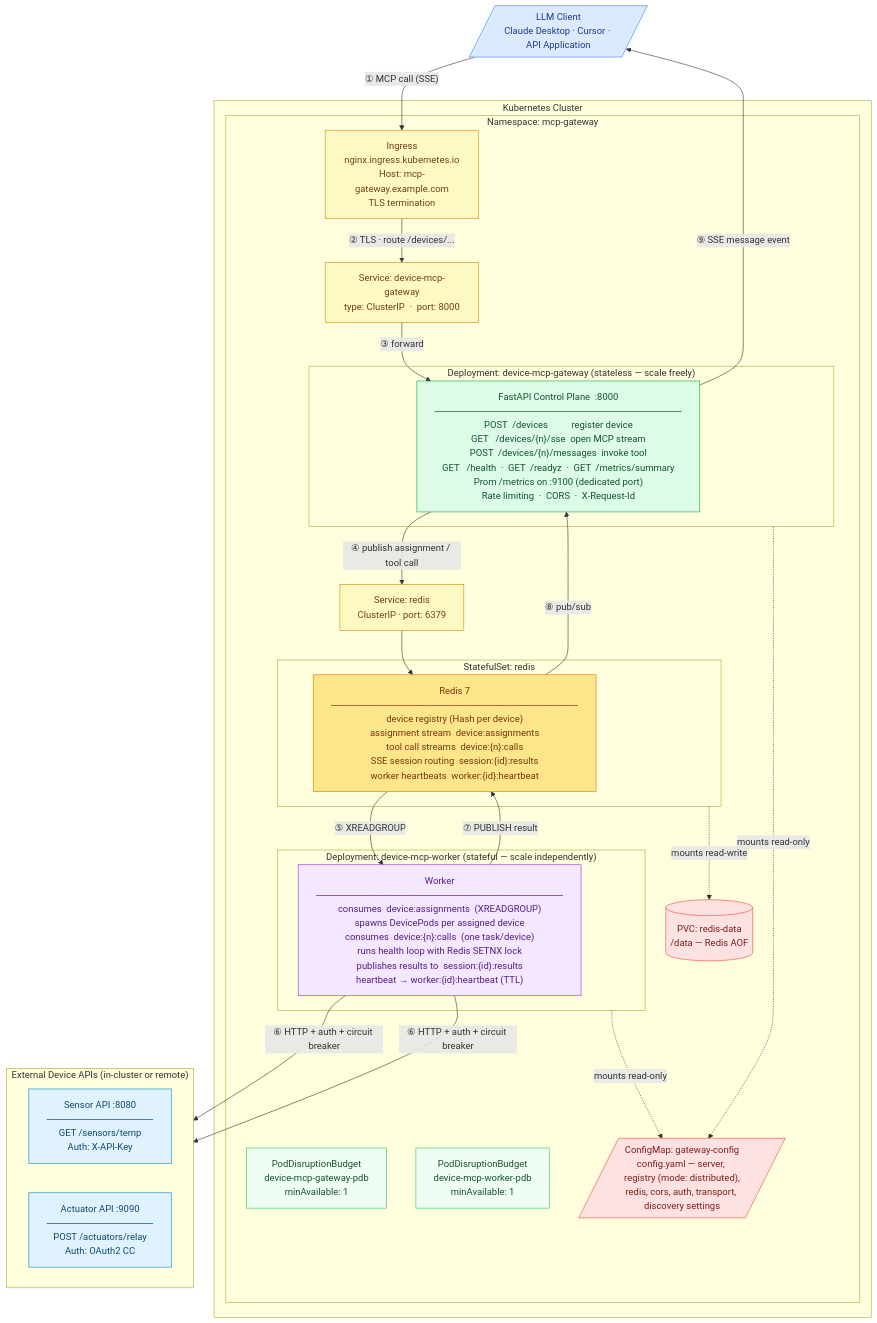
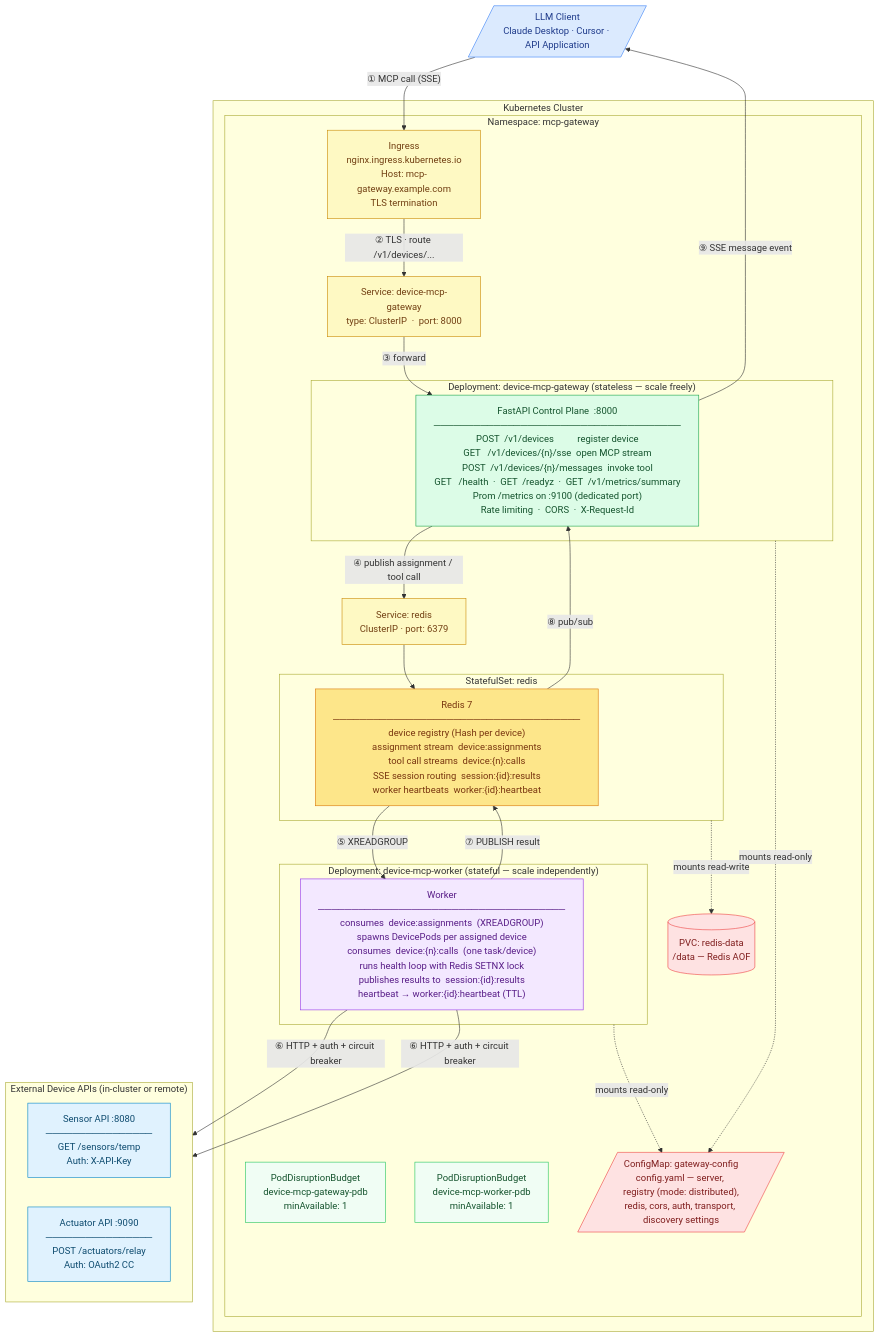
One commit to benwold-lgtm/MCP-Gateway changed the first of 3 diagrams in docs/kubernetes-architecture.md. Above: the diagram before and after it, drawn with Mermaid. The commit also changed other lines of this file and 18 other files, not shown here.

First line of the commit message:
feat(api): Tier-1W — version management API under /v1 + MCP protocol negotiation (F-15)

````diff
--- a/docs/kubernetes-architecture.md
+++ b/docs/kubernetes-architecture.md
@@ -11,72 +11,72 @@
 ```mermaid
 flowchart TB
     LLM[/"LLM Client\nClaude Desktop · Cursor · API Application"/]
 
     subgraph CLUSTER["Kubernetes Cluster"]
         subgraph NS["Namespace: mcp-gateway"]
 
             ING["Ingress\nnginx.ingress.kubernetes.io\nHost: mcp-gateway.example.com\nTLS termination"]
 
             SVC["Service: device-mcp-gateway\ntype: ClusterIP  ·  port: 8000"]
 
             subgraph GW_DEP["Deployment: device-mcp-gateway  (stateless — scale freely)"]
-                CTRL["FastAPI Control Plane  :8000\n─────────────────────────────────────\nPOST  /devices          register device\nGET   /devices/{n}/sse  open MCP stream\nPOST  /devices/{n}/messages  invoke tool\nGET   /health  ·  GET  /readyz  ·  GET  /metrics/summary\nProm /metrics on :9100 (dedicated port)\nRate limiting  ·  CORS  ·  X-Request-Id"]
+                CTRL["FastAPI Control Plane  :8000\n─────────────────────────────────────\nPOST  /v1/devices          register device\nGET   /v1/devices/{n}/sse  open MCP stream\nPOST  /v1/devices/{n}/messages  invoke tool\nGET   /health  ·  GET  /readyz  ·  GET  /v1/metrics/summary\nProm /metrics on :9100 (dedicated port)\nRate limiting  ·  CORS  ·  X-Request-Id"]
             end
 
             PDB_GW["PodDisruptionBudget\ndevice-mcp-gateway-pdb\nminAvailable: 1"]
             PDB_WK["PodDisruptionBudget\ndevice-mcp-worker-pdb\nminAvailable: 1"]
 
             subgraph REDIS_SS["StatefulSet: redis"]
                 REDIS["Redis 7\n─────────────────────────────────────\ndevice registry (Hash per device)\nassignment stream  device:assignments\ntool call streams  device:{n}:calls\nSSE session routing  session:{id}:results\nworker heartbeats  worker:{id}:heartbeat"]
             end
             REDIS_SVC["Service: redis\nClusterIP  ·  port: 6379"]
             REDIS_PVC[("PVC: redis-data\n/data — Redis AOF")]
 
             subgraph WK_DEP["Deployment: device-mcp-worker  (stateful — scale independently)"]
                 WK["Worker\n─────────────────────────────────────\nconsumes  device:assignments  (XREADGROUP)\nspawns DevicePods per assigned device\nconsumes  device:{n}:calls  (one task/device)\nruns health loop with Redis SETNX lock\npublishes results to  session:{id}:results\nheartbeat → worker:{id}:heartbeat (TTL)"]
             end
 
             CM[/"ConfigMap: gateway-config\nconfig.yaml — server, registry (mode: distributed),\nredis, cors, auth, transport, discovery settings"/]
         end
     end
 
     subgraph APIS["External Device APIs  (in-cluster or remote)"]
         direction LR
         API1["Sensor API  :8080\n────────────────\nGET  /sensors/temp\nAuth: X-API-Key"]
         API2["Actuator API  :9090\n────────────────\nPOST /actuators/relay\nAuth: OAuth2 CC"]
     end
 
     LLM      -- "① MCP call  (SSE)" --> ING
-    ING      -- "② TLS · route /devices/..." --> SVC
+    ING      -- "② TLS · route /v1/devices/..." --> SVC
     SVC      -- "③ forward" --> CTRL
     CTRL     -- "④ publish assignment / tool call" --> REDIS_SVC
     REDIS_SVC --> REDIS
     REDIS    -- "⑤ XREADGROUP" --> WK
     WK       -- "⑥ HTTP + auth + circuit breaker" --> API1
     WK       -- "⑥ HTTP + auth + circuit breaker" --> API2
     WK       -- "⑦ PUBLISH result" --> REDIS
     REDIS    -- "⑧ pub/sub" --> CTRL
     CTRL     -- "⑨ SSE message event" --> LLM
 
     WK_DEP -. "mounts read-only" .-> CM
     GW_DEP -. "mounts read-only" .-> CM
     REDIS_SS -. "mounts read-write" .-> REDIS_PVC
 
     classDef external  fill:#dbeafe,stroke:#3b82f6,color:#1e3a8a
     classDef k8sinfra  fill:#fef9c3,stroke:#ca8a04,color:#713f12
     classDef appcore   fill:#dcfce7,stroke:#16a34a,color:#14532d
     classDef redisnode fill:#fde68a,stroke:#d97706,color:#78350f
     classDef worker    fill:#f3e8ff,stroke:#9333ea,color:#581c87
     classDef storage   fill:#fee2e2,stroke:#ef4444,color:#7f1d1d
     classDef apinode   fill:#e0f2fe,stroke:#0284c7,color:#0c4a6e
     classDef pdb       fill:#f0fdf4,stroke:#22c55e,color:#14532d
 
     class LLM external
     class ING,SVC,REDIS_SVC k8sinfra
     class CTRL appcore
     class REDIS redisnode
     class WK worker
     class CM,REDIS_PVC storage
     class API1,API2 apinode
     class PDB_GW,PDB_WK pdb
 ```
````
